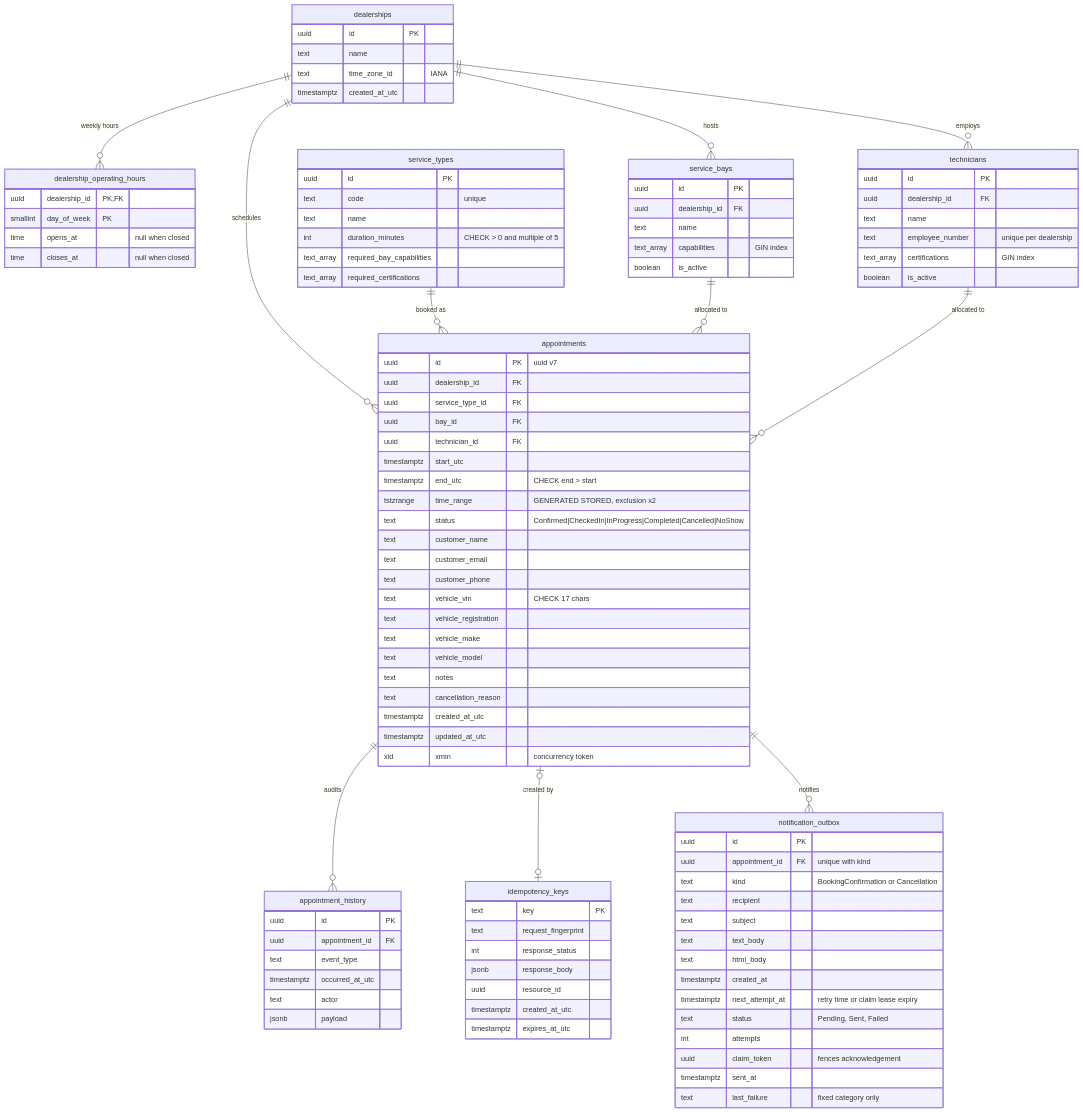
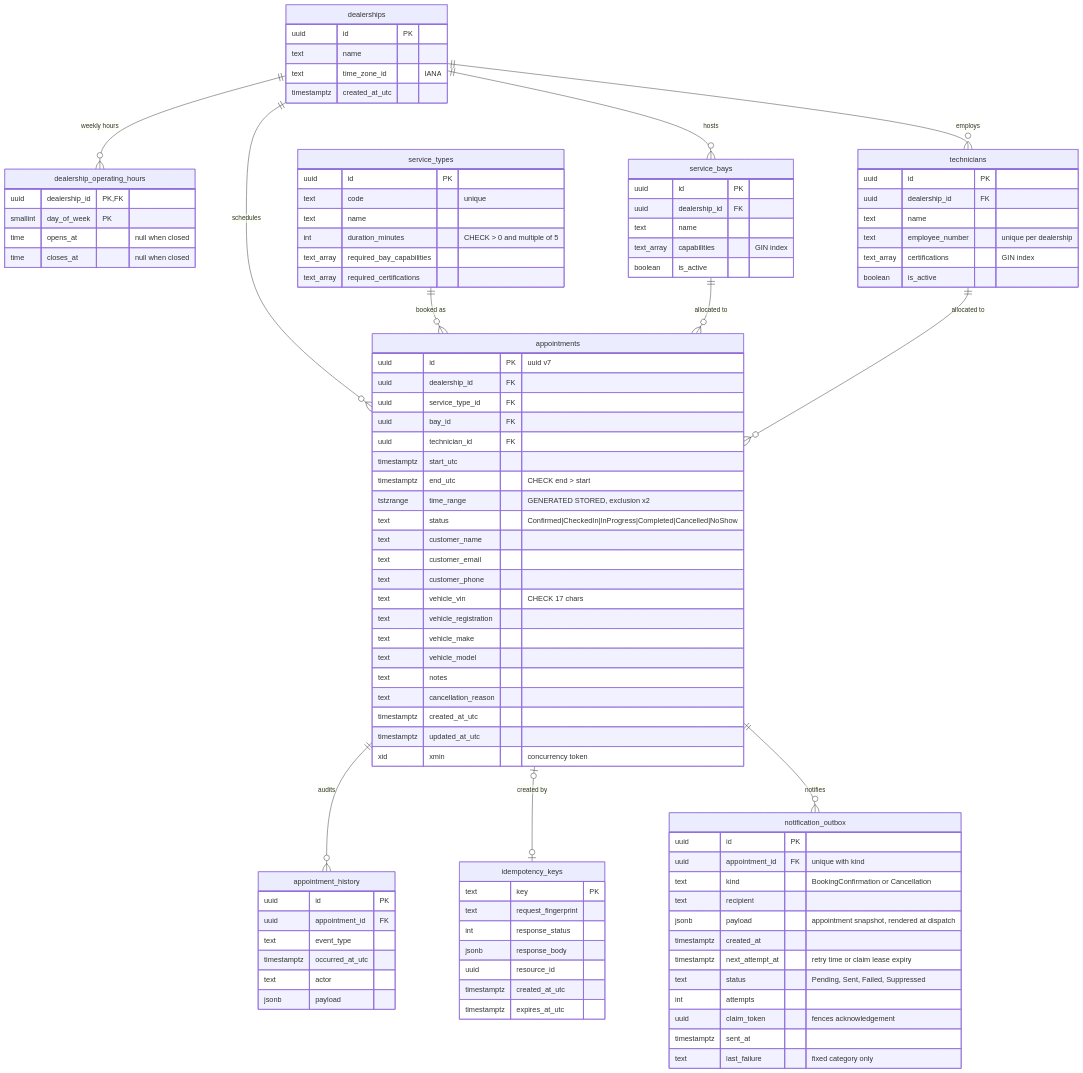
Before and after one commit to kylesmile1103/keyloop-service-scheduler: the tenth of 13 diagrams in docs/SYSTEM_DESIGN.md, drawn with Mermaid. The commit also changed other lines of this file and 34 other files, not shown here.

```diff
--- a/docs/SYSTEM_DESIGN.md
+++ b/docs/SYSTEM_DESIGN.md
@@ -920,12 +920,10 @@
         uuid appointment_id FK "unique with kind"
         text kind "BookingConfirmation or Cancellation"
         text recipient
-        text subject
-        text text_body
-        text html_body
+        jsonb payload "appointment snapshot, rendered at dispatch"
         timestamptz created_at
         timestamptz next_attempt_at "retry time or claim lease expiry"
-        text status "Pending, Sent, Failed"
+        text status "Pending, Sent, Failed, Suppressed"
         int attempts
         uuid claim_token "fences acknowledgement"
         timestamptz sent_at
```
